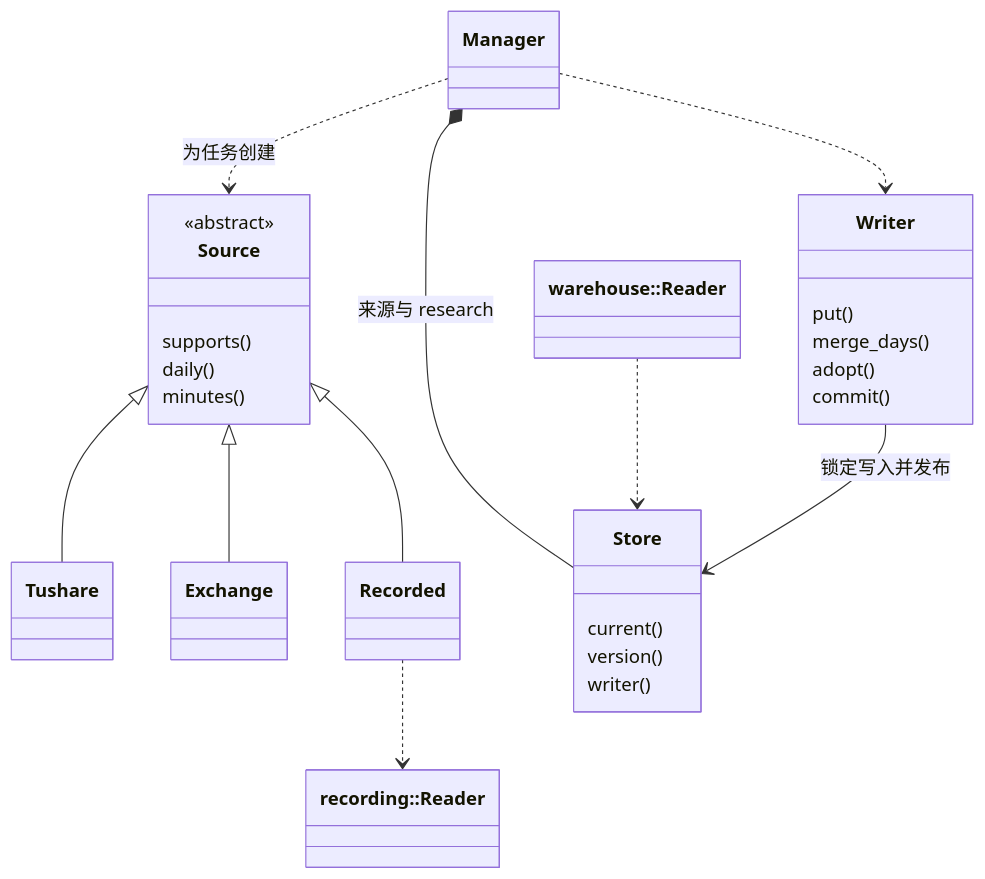
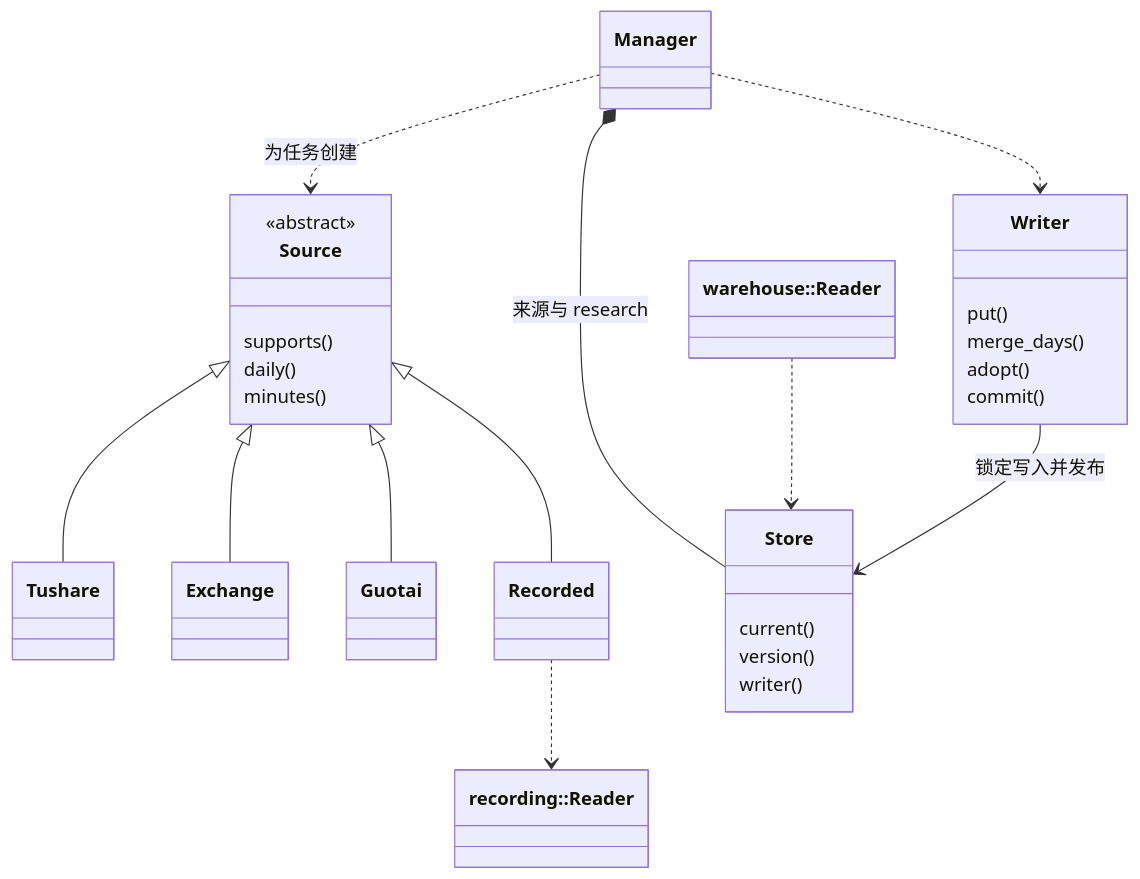
One commit to isqiwen/asterion-terminal changed the third of 5 diagrams in docs/market/architecture.md. Above: the diagram before and after it, drawn with Mermaid. The commit also changed other lines of this file and 26 other files, not shown here.

````diff
--- a/docs/market/architecture.md
+++ b/docs/market/architecture.md
@@ -102,35 +102,37 @@
 ```mermaid
 classDiagram
     class Manager
     class Source {
         <<abstract>>
         supports()
         daily()
         minutes()
     }
     class Tushare
     class Exchange
+    class Guotai
     class Recorded
     class RecordingReader["recording::Reader"]
     class WarehouseReader["warehouse::Reader"]
     class Store {
         current()
         version()
         writer()
     }
     class Writer {
         put()
         merge_days()
         adopt()
         commit()
     }
     Source <|-- Tushare
     Source <|-- Exchange
+    Source <|-- Guotai
     Source <|-- Recorded
     Manager ..> Source : 为任务创建
     Manager *-- Store : 来源与 research
     Manager ..> Writer
     Recorded ..> RecordingReader
     WarehouseReader ..> Store
     Writer --> Store : 锁定写入并发布
 ```
````
